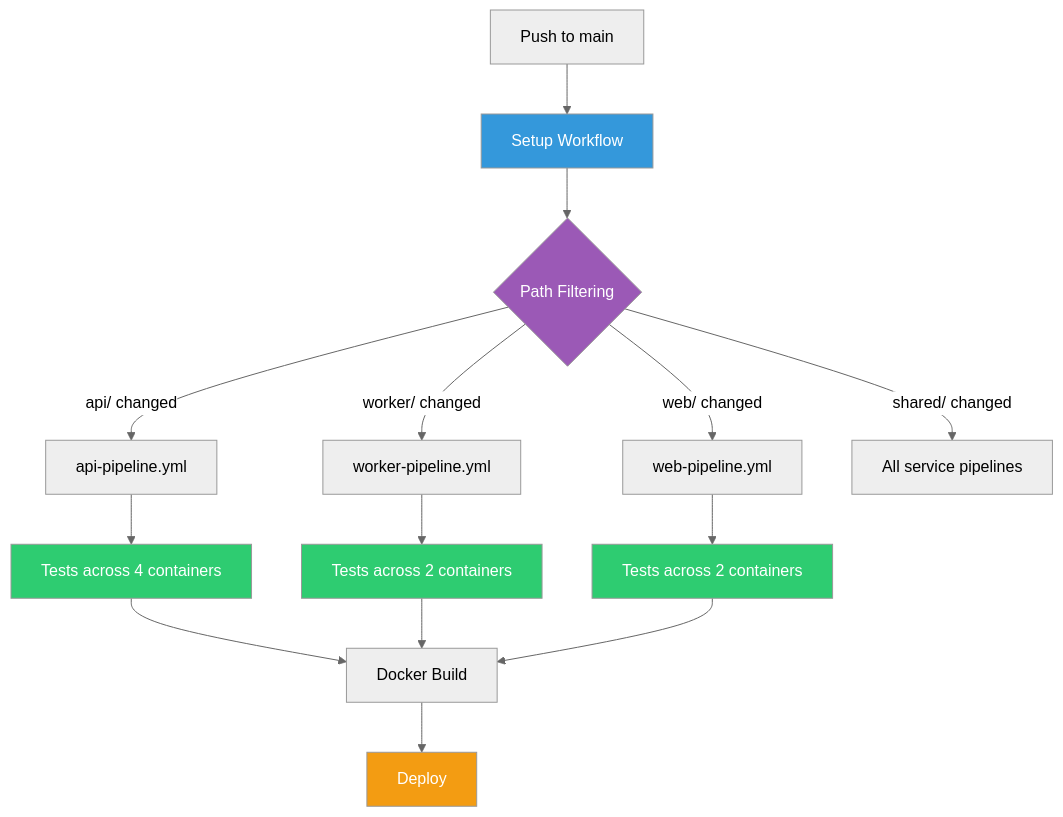
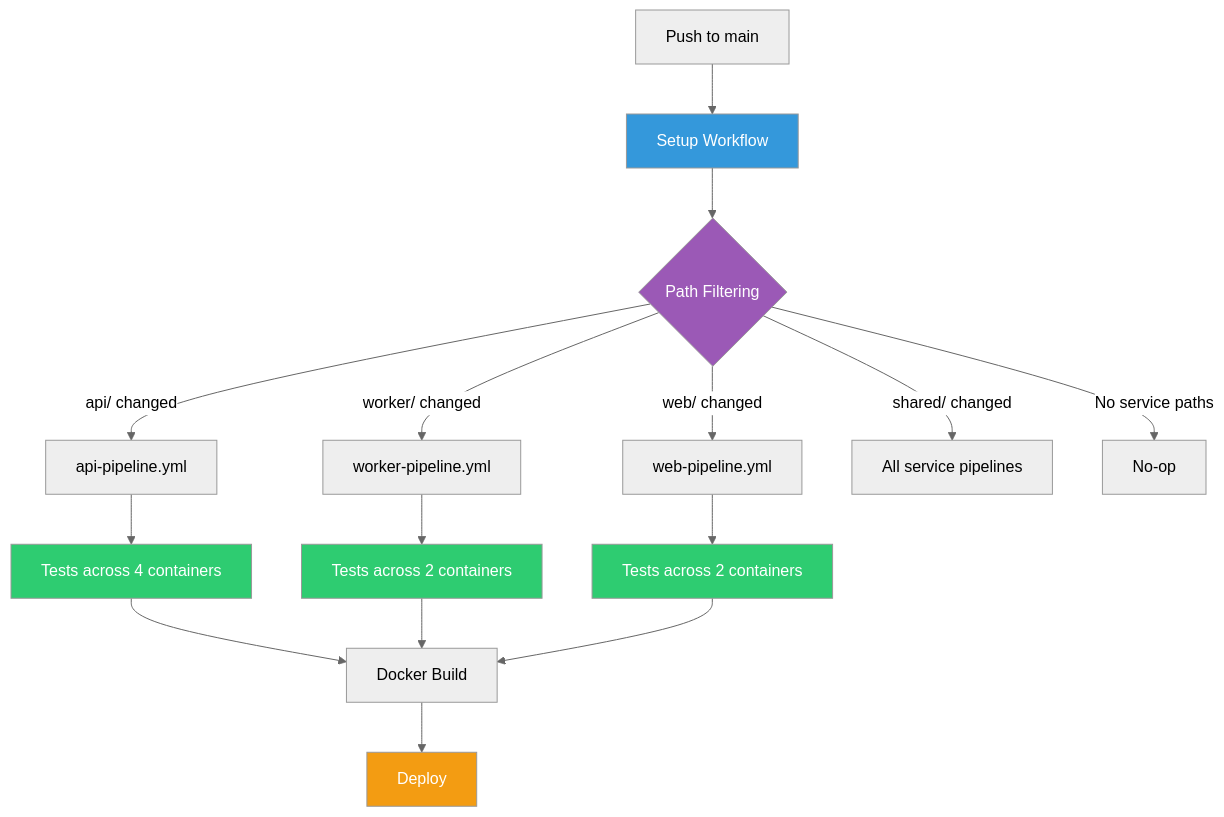
One commit to circleci-bcbs/circleci-demo-platform changed the diagram in README.md. Above: the diagram before and after it, drawn with Mermaid (neutral theme). The commit also changed other lines of this file and 3 other files, not shown here.

````diff
--- a/README.md
+++ b/README.md
@@ -40,26 +41,27 @@
 ```mermaid
 flowchart TD
     A[Push to main] --> B[Setup Workflow]
     B --> C{Path Filtering}
 
     C -->|api/ changed| D[api-pipeline.yml]
     C -->|worker/ changed| E[worker-pipeline.yml]
     C -->|web/ changed| F[web-pipeline.yml]
     C -->|shared/ changed| G[All service pipelines]
+    C -->|No service paths| G2[No-op]
 
     D --> H[Tests across 4 containers]
     E --> I[Tests across 2 containers]
     F --> J[Tests across 2 containers]
 
     H --> K[Docker Build]
     I --> K
     J --> K
     K --> L[Deploy]
 
     style B fill:#3498db,color:#fff
     style C fill:#9b59b6,color:#fff
     style H fill:#2ecc71,color:#fff
     style I fill:#2ecc71,color:#fff
     style J fill:#2ecc71,color:#fff
     style L fill:#f39c12,color:#fff
 ```
````
